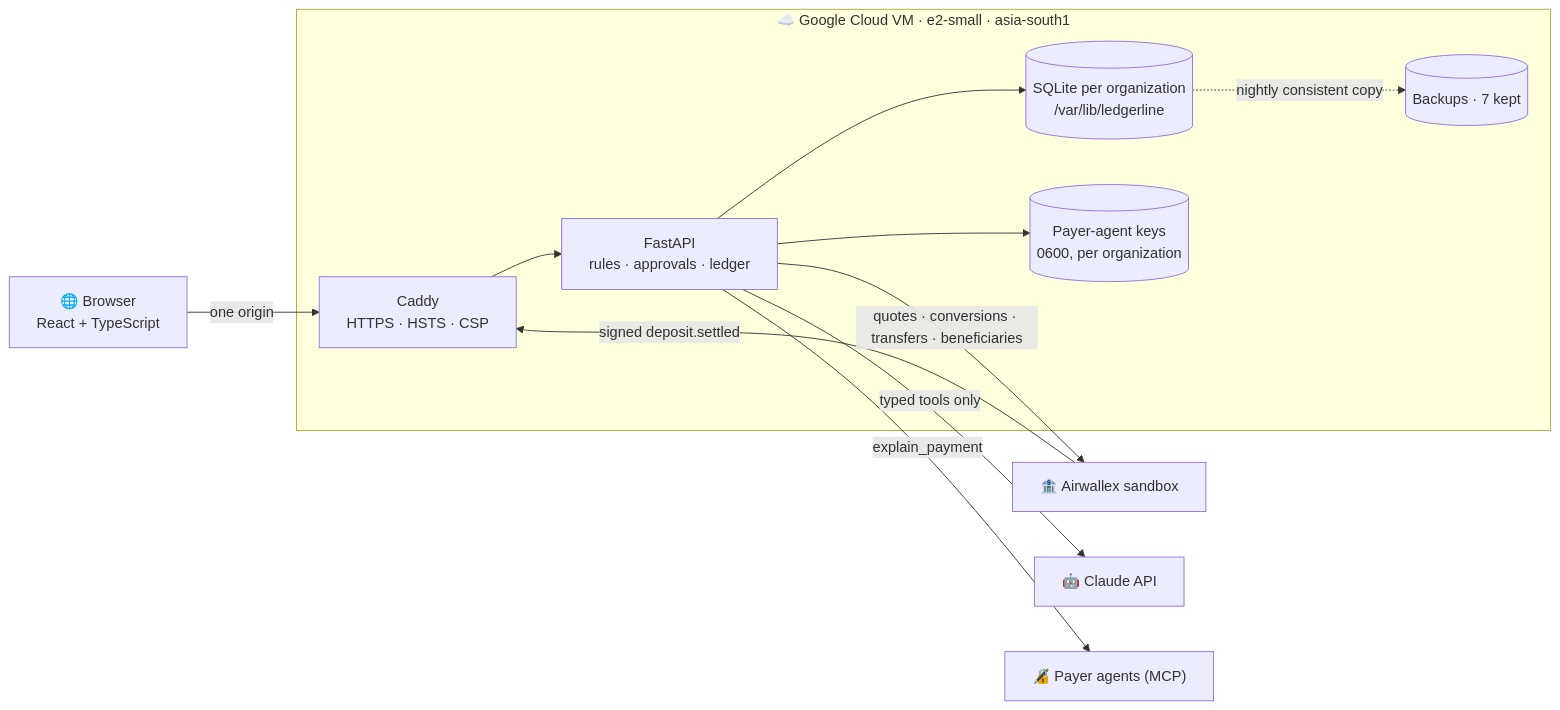
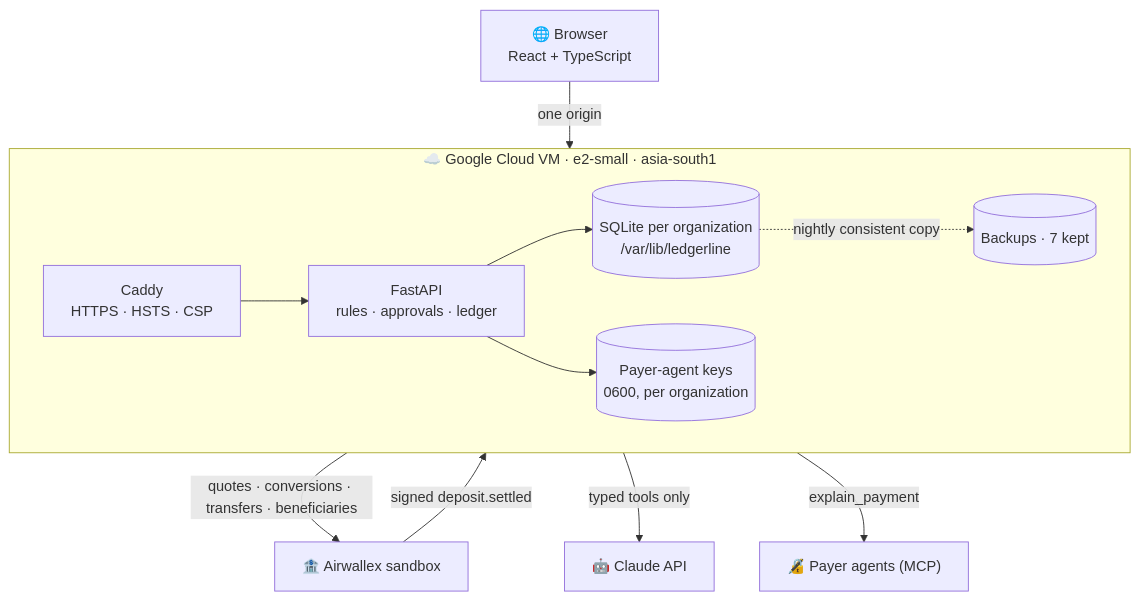
One commit to Lingu17/ledgerline changed the second of 2 diagrams in README.md. Above: the diagram before and after it, drawn with Mermaid.

Commit message:
README: architecture diagram laid out top to bottom for readability

````diff
--- a/README.md
+++ b/README.md
@@ -100,14 +100,15 @@
 ```mermaid
-flowchart LR
+flowchart TB
   subgraph VM["☁️ Google Cloud VM · e2-small · asia-south1"]
+    direction LR
     C["Caddy<br/>HTTPS · HSTS · CSP"] --> A["FastAPI<br/>rules · approvals · ledger"]
     A --> D[("SQLite per organization<br/>/var/lib/ledgerline")]
     A --> K[("Payer-agent keys<br/>0600, per organization")]
     D -. nightly consistent copy .-> BK[("Backups · 7 kept")]
   end
   B["🌐 Browser<br/>React + TypeScript"] -->|one origin| C
   AW["🏦 Airwallex sandbox"] -->|signed deposit.settled| C
   A -->|quotes · conversions · transfers · beneficiaries| AW
   A -->|typed tools only| CL["🤖 Claude API"]
   A -->|explain_payment| PA["🔏 Payer agents (MCP)"]
 ```
````
